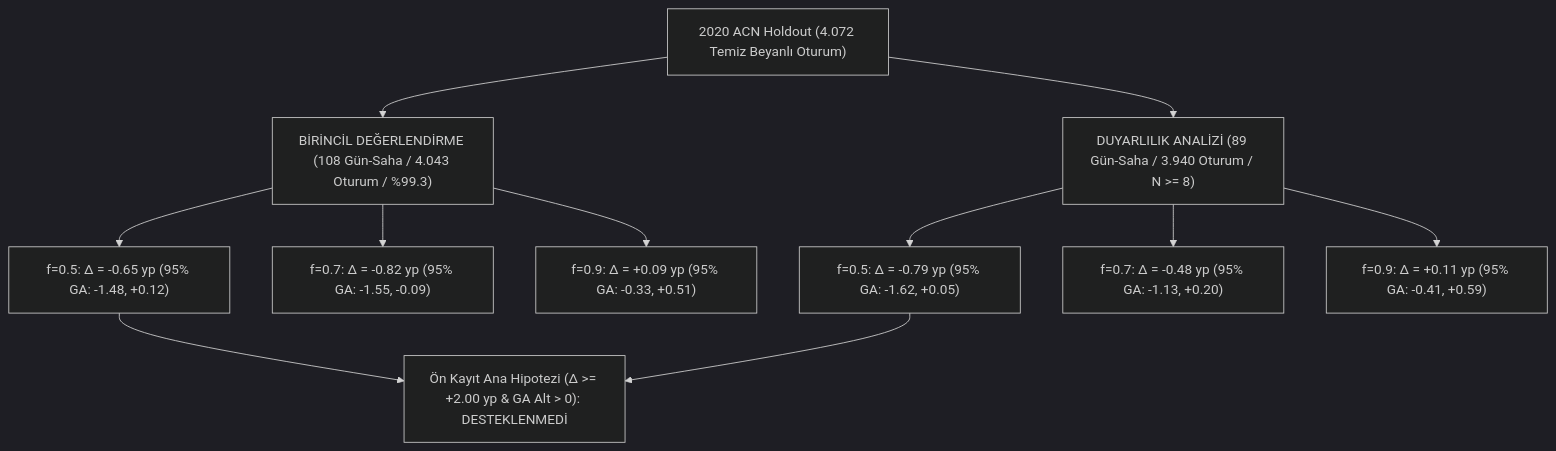
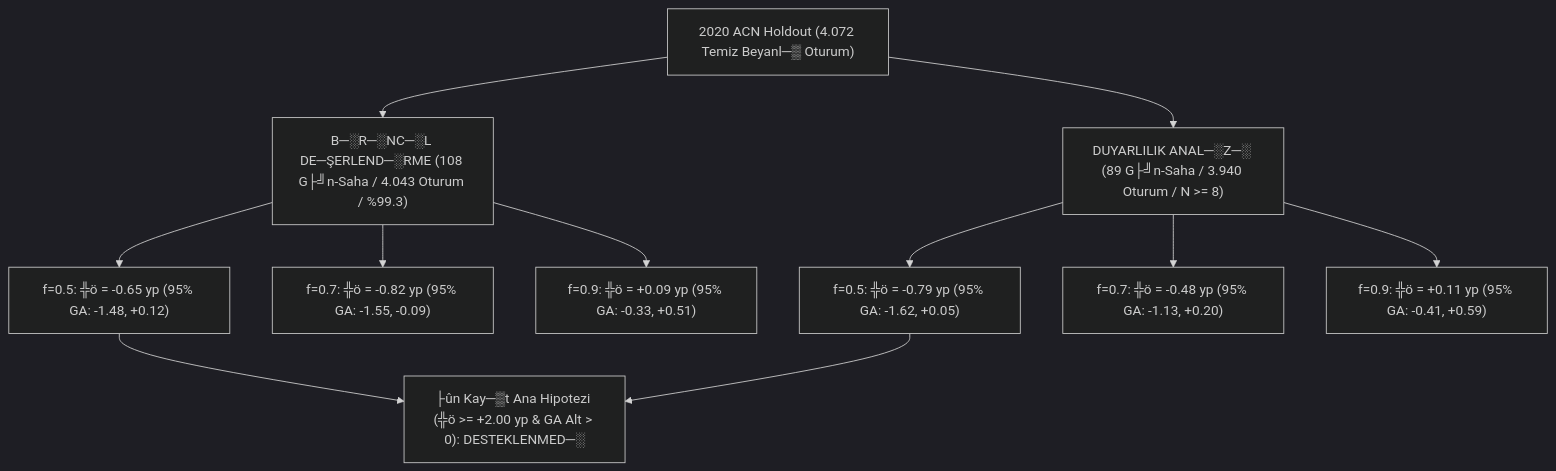
Before and after one commit to busrademirrr/sarjdenge-ai: the diagram in docs/HOLDOUT_2020_DEGERLENDIRME_RAPORU.md, drawn with Mermaid (dark theme). The commit also changed other lines of this file and 45 other files, not shown here.

````diff
--- a/docs/HOLDOUT_2020_DEGERLENDIRME_RAPORU.md
+++ b/docs/HOLDOUT_2020_DEGERLENDIRME_RAPORU.md
@@ -15,16 +15,16 @@
 ```mermaid
 flowchart TD
-    A["2020 ACN Holdout (4.072 Temiz Beyanlı Oturum)"] --> B["BİRİNCİL DEĞERLENDİRME (108 Gün-Saha / 4.043 Oturum / %99.3)"]
-    A --> C["DUYARLILIK ANALİZİ (89 Gün-Saha / 3.940 Oturum / N >= 8)"]
-    
-    B --> B1["f=0.5: Δ = -0.65 yp (95% GA: -1.48, +0.12)"]
-    B --> B2["f=0.7: Δ = -0.82 yp (95% GA: -1.55, -0.09)"]
-    B --> B3["f=0.9: Δ = +0.09 yp (95% GA: -0.33, +0.51)"]
-    
-    C --> C1["f=0.5: Δ = -0.79 yp (95% GA: -1.62, +0.05)"]
-    C --> C2["f=0.7: Δ = -0.48 yp (95% GA: -1.13, +0.20)"]
-    C --> C3["f=0.9: Δ = +0.11 yp (95% GA: -0.41, +0.59)"]
-    
-    B1 --> D["Ön Kayıt Ana Hipotezi (Δ >= +2.00 yp & GA Alt > 0): DESTEKLENMEDİ"]
+    A["2020 ACN Holdout (4.072 Temiz Beyanl─▒ Oturum)"] --> B["B─░R─░NC─░L DE─ŞERLEND─░RME (108 G├╝n-Saha / 4.043 Oturum / %99.3)"]
+    A --> C["DUYARLILIK ANAL─░Z─░ (89 G├╝n-Saha / 3.940 Oturum / N >= 8)"]
+
+    B --> B1["f=0.5: ╬ö = -0.65 yp (95% GA: -1.48, +0.12)"]
+    B --> B2["f=0.7: ╬ö = -0.82 yp (95% GA: -1.55, -0.09)"]
+    B --> B3["f=0.9: ╬ö = +0.09 yp (95% GA: -0.33, +0.51)"]
+
+    C --> C1["f=0.5: ╬ö = -0.79 yp (95% GA: -1.62, +0.05)"]
+    C --> C2["f=0.7: ╬ö = -0.48 yp (95% GA: -1.13, +0.20)"]
+    C --> C3["f=0.9: ╬ö = +0.11 yp (95% GA: -0.41, +0.59)"]
+
+    B1 --> D["├ûn Kay─▒t Ana Hipotezi (╬ö >= +2.00 yp & GA Alt > 0): DESTEKLENMED─░"]
     C1 --> D
 ```
````
